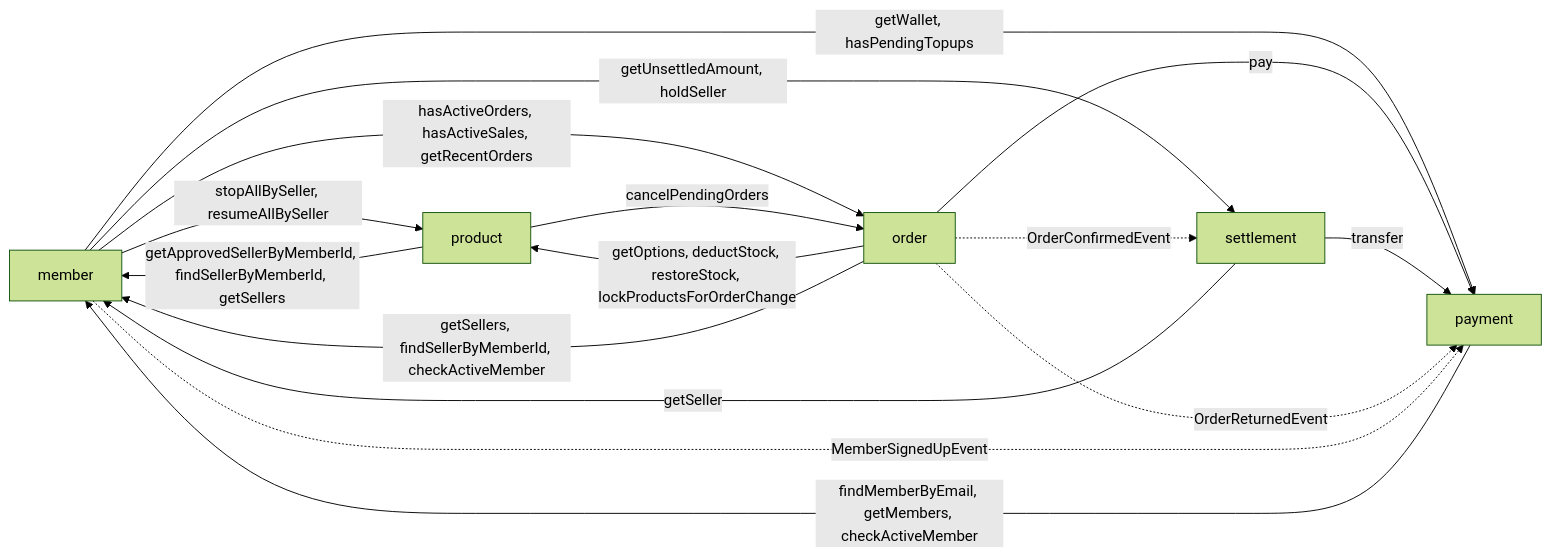
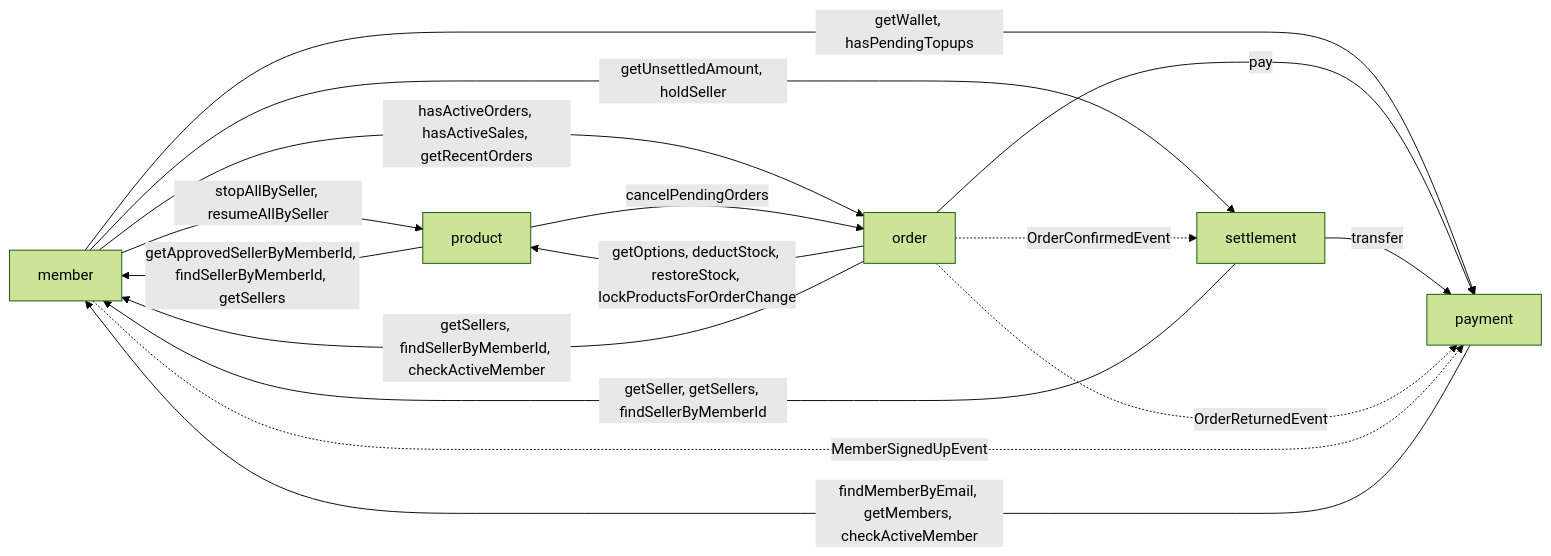
One commit to prgrms-be-adv-devcourse/beadv8_2_TRSS_BE changed the diagram in docs/palette_development_guide.md. Above: the diagram before and after it, drawn with Mermaid (forest theme). The commit also changed other lines of this file and 15 other files, not shown here.

````diff
--- a/docs/palette_development_guide.md
+++ b/docs/palette_development_guide.md
@@ -169,18 +170,18 @@
 ```mermaid
 flowchart LR
     member -->|getWallet, hasPendingTopups| payment
     member -->|stopAllBySeller, resumeAllBySeller| product
     member -->|hasActiveOrders, hasActiveSales, getRecentOrders| order
     member -->|getUnsettledAmount, holdSeller| settlement
     product -->|getApprovedSellerByMemberId, findSellerByMemberId, getSellers| member
     product -->|cancelPendingOrders| order
     order -->|getOptions, deductStock, restoreStock, lockProductsForOrderChange| product
     order -->|pay| payment
     order -->|getSellers, findSellerByMemberId, checkActiveMember| member
     settlement -->|transfer| payment
-    settlement -->|getSeller| member
+    settlement -->|getSeller, getSellers, findSellerByMemberId| member
     payment -->|findMemberByEmail, getMembers, checkActiveMember| member
     order -. OrderReturnedEvent .-> payment
     order -. OrderConfirmedEvent .-> settlement
     member -. MemberSignedUpEvent .-> payment
 ```
````
